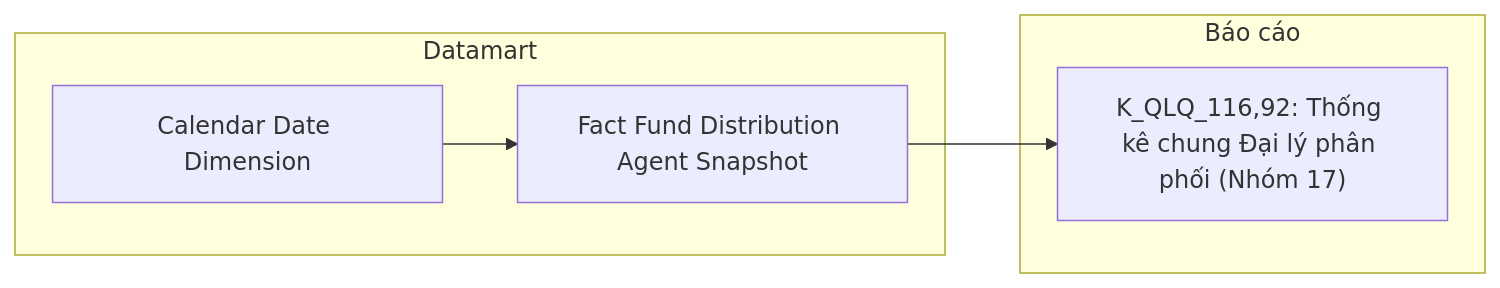
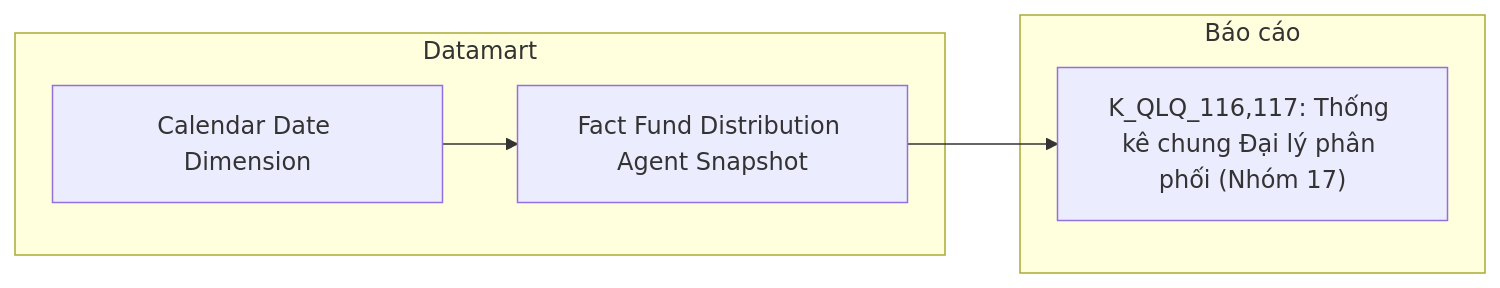
Diagram 31 of 41 in Datamart/hld/DTM_QLQ_HLD.md (linhlvit/ubck_atomic_design), drawn with Mermaid before and after one commit. The commit also changed other lines of this file and 28 other files, not shown here.

Commit message:
feat(qlq): add LLD detail mapping, 23 entity table schemas, update HLD, sync datamart model and attributes

````diff
--- a/Datamart/hld/DTM_QLQ_HLD.md
+++ b/Datamart/hld/DTM_QLQ_HLD.md
@@ -1179,12 +1400,12 @@
 ```mermaid
 flowchart LR
     subgraph GOLD["Datamart"]
         G1["Fact Fund Distribution Agent Snapshot"]
         G2["Calendar Date Dimension"]
     end
     subgraph RPT["Báo cáo"]
-        R1["K_QLQ_116,92: Thống kê chung Đại lý phân phối (Nhóm 17)"]
+        R1["K_QLQ_116,117: Thống kê chung Đại lý phân phối (Nhóm 17)"]
     end
     G2 --> G1
     G1 --> R1
 ```
````
